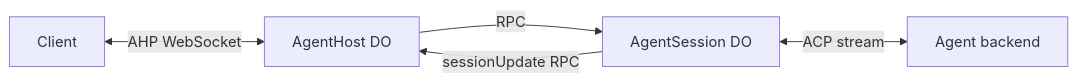
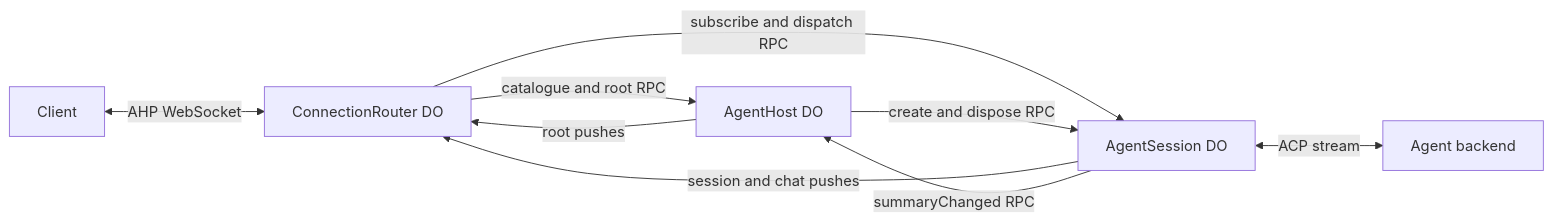
One commit to natewong1313/experiments changed the diagram in apps/agent-host/README.md. Above: the diagram before and after it, drawn with Mermaid. The commit also changed other lines of this file and 84 other files, not shown here.

Commit message:
refactor(agent-host): work on connection router rewrite

````diff
--- a/apps/agent-host/README.md
+++ b/apps/agent-host/README.md
@@ -11,7 +19,11 @@
 ```mermaid
 flowchart LR
-  Client <-->|AHP WebSocket| Host[AgentHost DO]
-  Host -->|RPC| Session[AgentSession DO]
-  Session -->|sessionUpdate RPC| Host
+  Client <-->|AHP WebSocket| Router[ConnectionRouter DO]
+  Router -->|catalogue and root RPC| Host[AgentHost DO]
+  Router -->|subscribe and dispatch RPC| Session[AgentSession DO]
+  Host -->|create and dispose RPC| Session
+  Host -->|root pushes| Router
+  Session -->|session and chat pushes| Router
+  Session -->|summaryChanged RPC| Host
   Session <-->|ACP stream| Backend[Agent backend]
 ```
````
